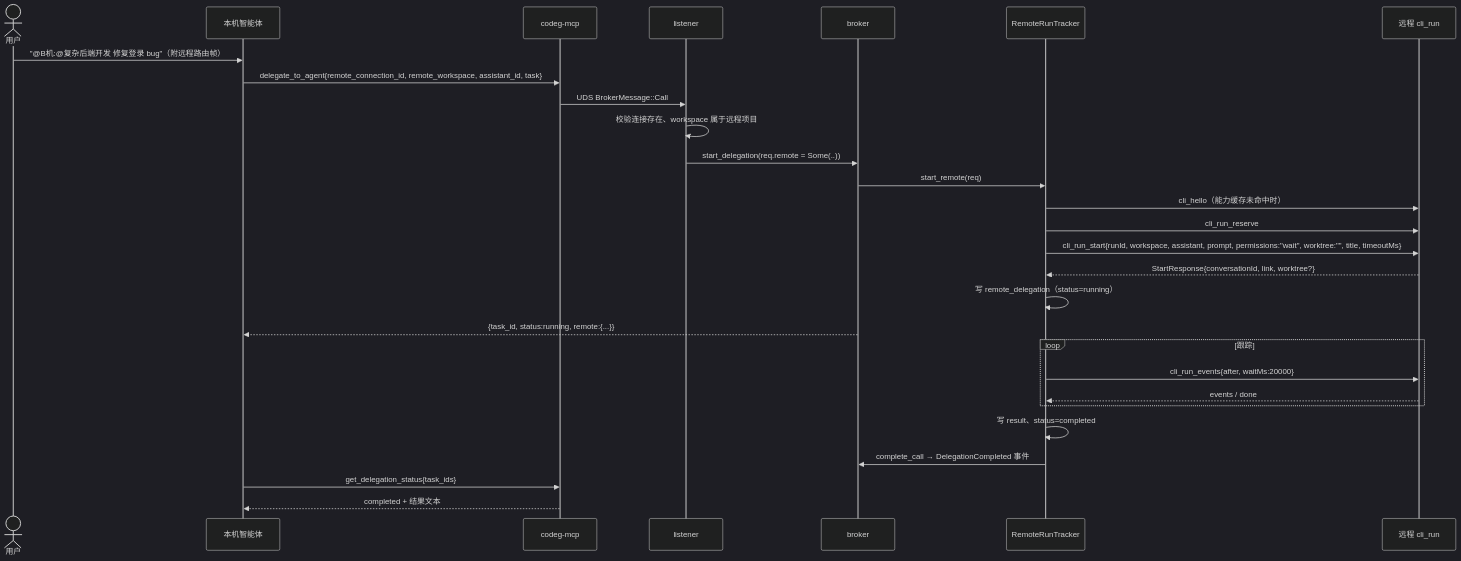
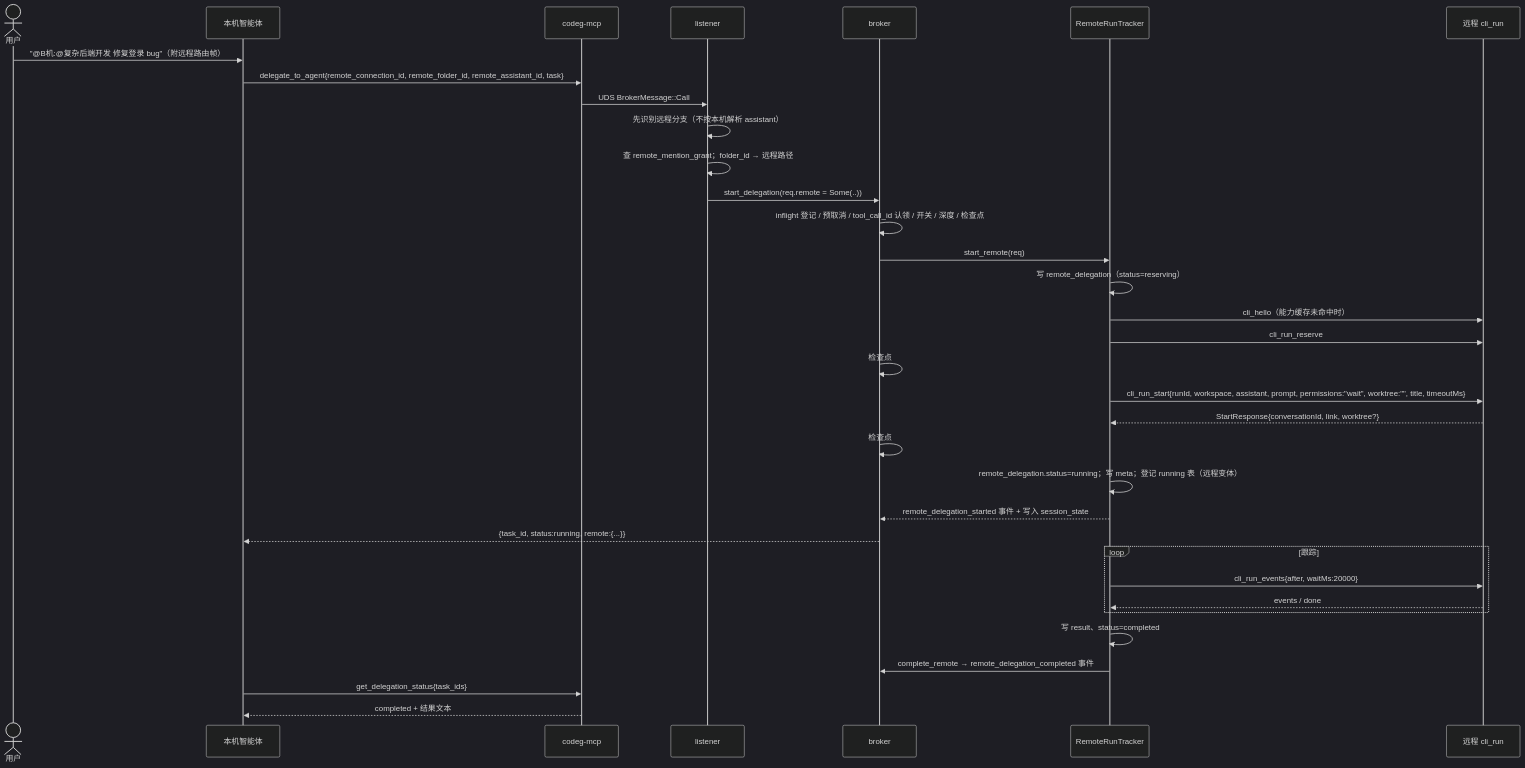
The fourth of 7 diagrams in docs/superpowers/specs/2026-11-11-remote-mention-详细设计说明书.md (EvanZheng11/beecode), drawn with Mermaid (dark theme) before and after one commit. The commit also changed other lines of this file, not shown here.

````diff
--- a/docs/superpowers/specs/2026-11-11-remote-mention-详细设计说明书.md
+++ b/docs/superpowers/specs/2026-11-11-remote-mention-详细设计说明书.md
@@ -521,30 +565,36 @@
 ```mermaid
 sequenceDiagram
   actor U as 用户
   participant AG as 本机智能体
   participant M as codeg-mcp
   participant L as listener
   participant B as broker
   participant T as RemoteRunTracker
   participant R as 远程 cli_run
   U->>AG: "@B机:@复杂后端开发 修复登录 bug"（附远程路由帧）
-  AG->>M: delegate_to_agent{remote_connection_id, remote_workspace, assistant_id, task}
+  AG->>M: delegate_to_agent{remote_connection_id, remote_folder_id, remote_assistant_id, task}
   M->>L: UDS BrokerMessage::Call
-  L->>L: 校验连接存在、workspace 属于远程项目
+  L->>L: 先识别远程分支（不按本机解析 assistant）
+  L->>L: 查 remote_mention_grant；folder_id → 远程路径
   L->>B: start_delegation(req.remote = Some(..))
+  B->>B: inflight 登记 / 预取消 / tool_call_id 认领 / 开关 / 深度 / 检查点#1
   B->>T: start_remote(req)
+  T->>T: 写 remote_delegation（status=reserving）
   T->>R: cli_hello（能力缓存未命中时）
   T->>R: cli_run_reserve
+  B->>B: 检查点#2（取消则 cli_run_cancel 撤销预留）
   T->>R: cli_run_start{runId, workspace, assistant, prompt, permissions:"wait", worktree:"", title, timeoutMs}
   R-->>T: StartResponse{conversationId, link, worktree?}
-  T->>T: 写 remote_delegation（status=running）
+  B->>B: 检查点#3（取消则补发 cli_run_cancel）
+  T->>T: remote_delegation.status=running；写 meta；登记 running 表（远程变体）
+  T-->>B: remote_delegation_started 事件 + 写入 session_state
   B-->>AG: {task_id, status:running, remote:{...}}
   loop 跟踪
     T->>R: cli_run_events{after, waitMs:20000}
     R-->>T: events / done
   end
   T->>T: 写 result、status=completed
-  T->>B: complete_call → DelegationCompleted 事件
+  T->>B: complete_remote → remote_delegation_completed 事件
   AG->>M: get_delegation_status{task_ids}
   M-->>AG: completed + 结果文本
 ```
````
